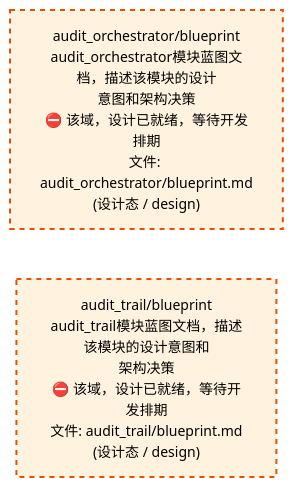
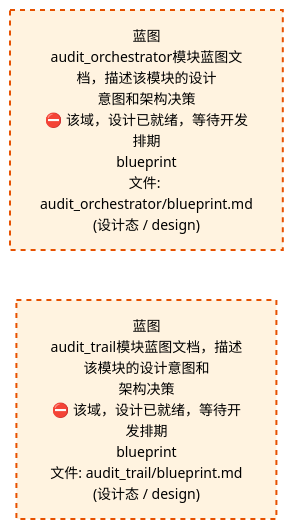
The third of 4 diagrams in docs/02_enterprise_architecture/02_domain_architecture_docs/50_d_gov_audit.md (xuanFelixVan/ZephyrAlpha), drawn with Mermaid before and after one commit. The commit also changed other lines of this file and 54 other files, not shown here.

````diff
--- a/docs/02_enterprise_architecture/02_domain_architecture_docs/50_d_gov_audit.md
+++ b/docs/02_enterprise_architecture/02_domain_architecture_docs/50_d_gov_audit.md
@@ -813,12 +813,12 @@
 ```mermaid
 %%{init: {'theme': 'base', 'themeVariables': {'primaryColor': '#eaeaea', 'primaryTextColor': '#333333', 'primaryBorderColor': '#666666', 'lineColor': '#666666', 'secondaryColor': '#eaeaea', 'tertiaryColor': '#eaeaea', 'fontSize': '14px'}}}%%
 flowchart TD
-    docs_03_modules_cross_layer_audit_orchestrator_blueprint_md["audit_orchestrator/blueprint<br/>audit_orchestrator模块蓝图文档，描述该模块的设计<br/>意图和架构决策<br/>⛔ 该域，设计已就绪，等待开发排期<br/>文件: audit_orchestrator/blueprint.md<br/>(设计态 / design)"]
-    docs_03_modules_domain_governance_audit_trail_blueprint_md["audit_trail/blueprint<br/>audit_trail模块蓝图文档，描述该模块的设计意图和<br/>架构决策<br/>⛔ 该域，设计已就绪，等待开发排期<br/>文件: audit_trail/blueprint.md<br/>(设计态 / design)"]
+    docs_03_modules_cross_layer_audit_orchestrator_blueprint_md["蓝图<br/>audit_orchestrator模块蓝图文档，描述该模块的设计<br/>意图和架构决策<br/>⛔ 该域，设计已就绪，等待开发排期<br/>blueprint<br/>文件: audit_orchestrator/blueprint.md<br/>(设计态 / design)"]
+    docs_03_modules_domain_governance_audit_trail_blueprint_md["蓝图<br/>audit_trail模块蓝图文档，描述该模块的设计意图和<br/>架构决策<br/>⛔ 该域，设计已就绪，等待开发排期<br/>blueprint<br/>文件: audit_trail/blueprint.md<br/>(设计态 / design)"]
     docs_03_modules_cross_layer_audit_orchestrator_blueprint_md ~~~ docs_03_modules_domain_governance_audit_trail_blueprint_md
     classDef production fill:#e1f5fe,stroke:#01579b,stroke-width:2px,color:#000
     classDef design fill:#fff3e0,stroke:#e65100,stroke-width:2px,color:#000,stroke-dasharray: 5 5
     classDef external_prod fill:#e8f4fd,stroke:#0277bd,stroke-width:1px,color:#000
     classDef external_design fill:#fff8e7,stroke:#ef6c00,stroke-width:1px,color:#000,stroke-dasharray: 5 5
     class docs_03_modules_cross_layer_audit_orchestrator_blueprint_md,docs_03_modules_domain_governance_audit_trail_blueprint_md design
 ```
````
